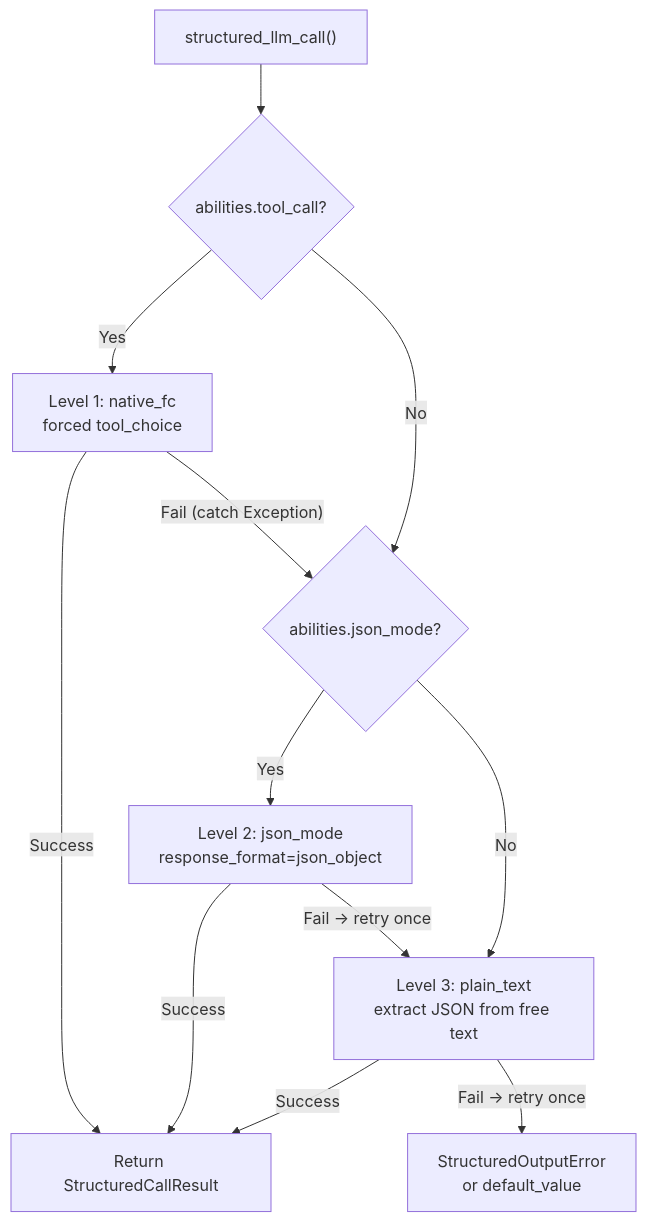
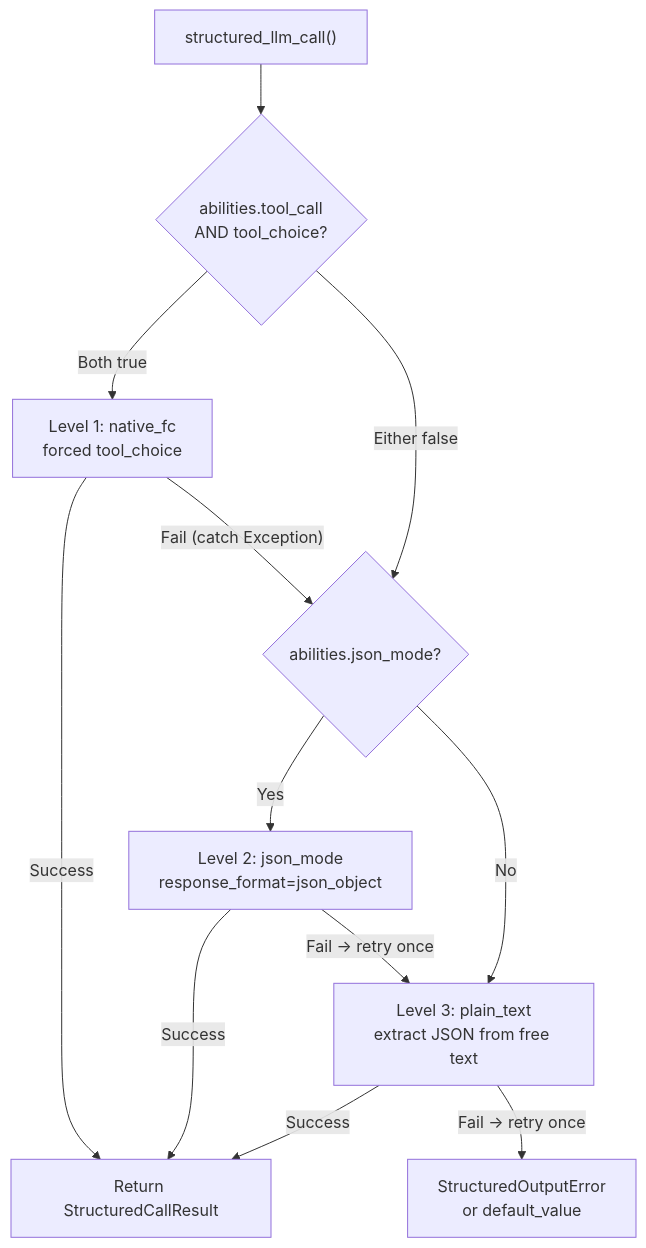
Before and after one commit to lucky20160622/fim-one: the second of 2 diagrams in docs/architecture/llm-provider-guide.mdx, drawn with Mermaid. The commit also changed other lines of this file and 7 other files, not shown here.

````diff
--- a/docs/architecture/llm-provider-guide.mdx
+++ b/docs/architecture/llm-provider-guide.mdx
@@ -70,14 +70,14 @@
 ```mermaid
 flowchart TD
-    START["structured_llm_call()"] --> L1{"abilities.tool_call?"}
-    L1 -->|Yes| FC["Level 1: native_fc<br/>forced tool_choice"]
-    L1 -->|No| L2
+    START["structured_llm_call()"] --> L1{"abilities.tool_call<br/>AND tool_choice?"}
+    L1 -->|Both true| FC["Level 1: native_fc<br/>forced tool_choice"]
+    L1 -->|Either false| L2
     FC -->|"Success"| DONE["Return StructuredCallResult"]
     FC -->|"Fail (catch Exception)"| L2{"abilities.json_mode?"}
     L2 -->|Yes| JM["Level 2: json_mode<br/>response_format=json_object"]
     L2 -->|No| PT["Level 3: plain_text<br/>extract JSON from free text"]
     JM -->|"Success"| DONE
     JM -->|"Fail → retry once"| PT
     PT -->|"Success"| DONE
     PT -->|"Fail → retry once"| ERR["StructuredOutputError<br/>or default_value"]
 ```
````
